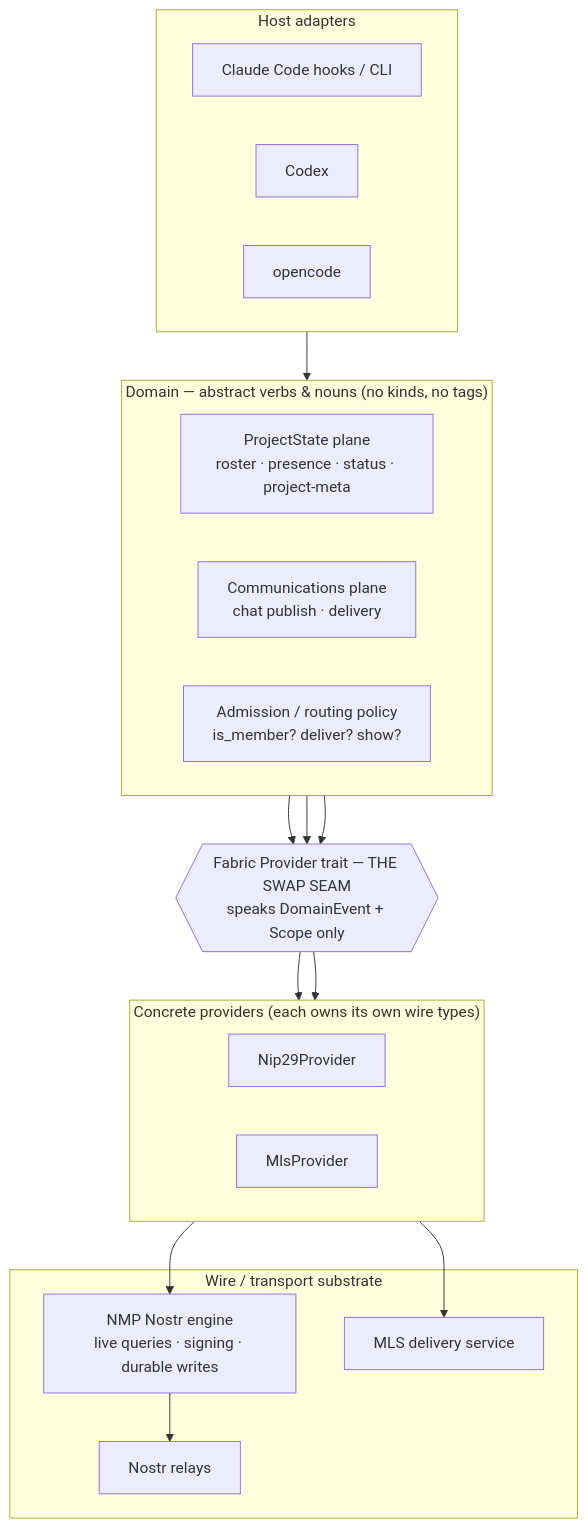
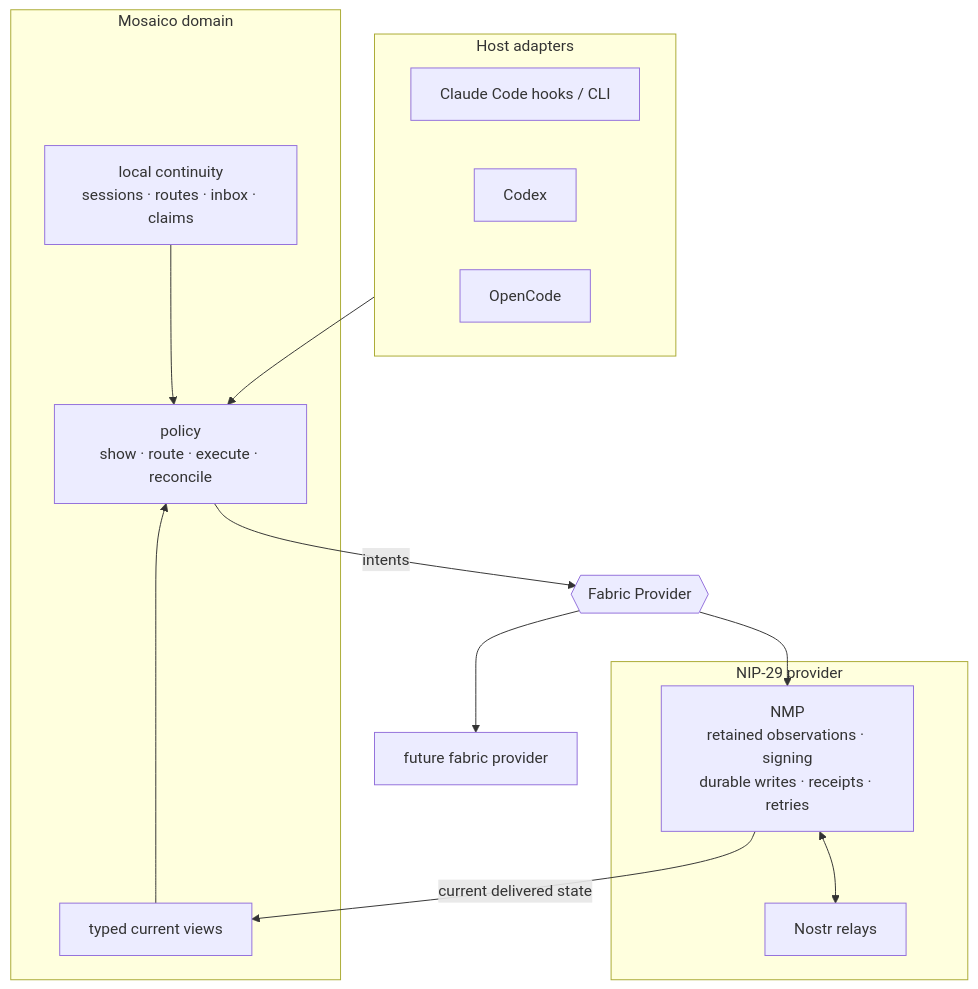
Before and after one commit to pablof7z/mosaico: the first of 3 diagrams in docs/fabric-architecture.md, drawn with Mermaid. The commit also changed other lines of this file and 321 other files, not shown here.

````diff
--- a/docs/fabric-architecture.md
+++ b/docs/fabric-architecture.md
@@ -69,37 +18,32 @@
 ```mermaid
 flowchart TD
     subgraph HOST["Host adapters"]
         H1["Claude Code hooks / CLI"]
         H2["Codex"]
-        H3["opencode"]
+        H3["OpenCode"]
     end
 
-    subgraph DOMAIN["Domain — abstract verbs & nouns (no kinds, no tags)"]
-        direction LR
-        PS["ProjectState plane<br/>roster · presence · status · project-meta"]
-        CM["Communications plane<br/>chat publish · delivery"]
-        ADMIT["Admission / routing policy<br/>is_member? deliver? show?"]
+    subgraph DOMAIN["Mosaico domain"]
+        POLICY["policy<br/>show · route · execute · reconcile"]
+        LOCAL["local continuity<br/>sessions · routes · inbox · claims"]
+        VIEWS["typed current views"]
     end
 
-    SEAM{{"Fabric Provider trait — THE SWAP SEAM<br/>speaks DomainEvent + Scope only"}}
+    SEAM{{"Fabric Provider"}}
 
-    subgraph PROV["Concrete providers (each owns its own wire types)"]
-        direction LR
-        P1["Nip29Provider"]
-        P2["MlsProvider"]
+    subgraph NIP29["NIP-29 provider"]
+        NMP["NMP<br/>retained observations · signing<br/>durable writes · receipts · retries"]
+        RELAYS["Nostr relays"]
+        NMP <--> RELAYS
     end
 
-    subgraph WIRE["Wire / transport substrate"]
-        NMP["NMP Nostr engine<br/>live queries · signing · durable writes"]
-        R1["Nostr relays"]
-        R2["MLS delivery service"]
-    end
+    FUTURE["future fabric provider"]
 
-    HOST --> DOMAIN
-    PS --> SEAM
-    CM --> SEAM
-    ADMIT --> SEAM
-    SEAM --> P1 & P2
-    P1 --> NMP --> R1
-    P2 --> R2
+    HOST --> POLICY
+    LOCAL --> POLICY
+    VIEWS --> POLICY
+    POLICY -- intents --> SEAM
+    SEAM --> NMP
+    SEAM --> FUTURE
+    NMP -- current delivered state --> VIEWS
 ```
````
